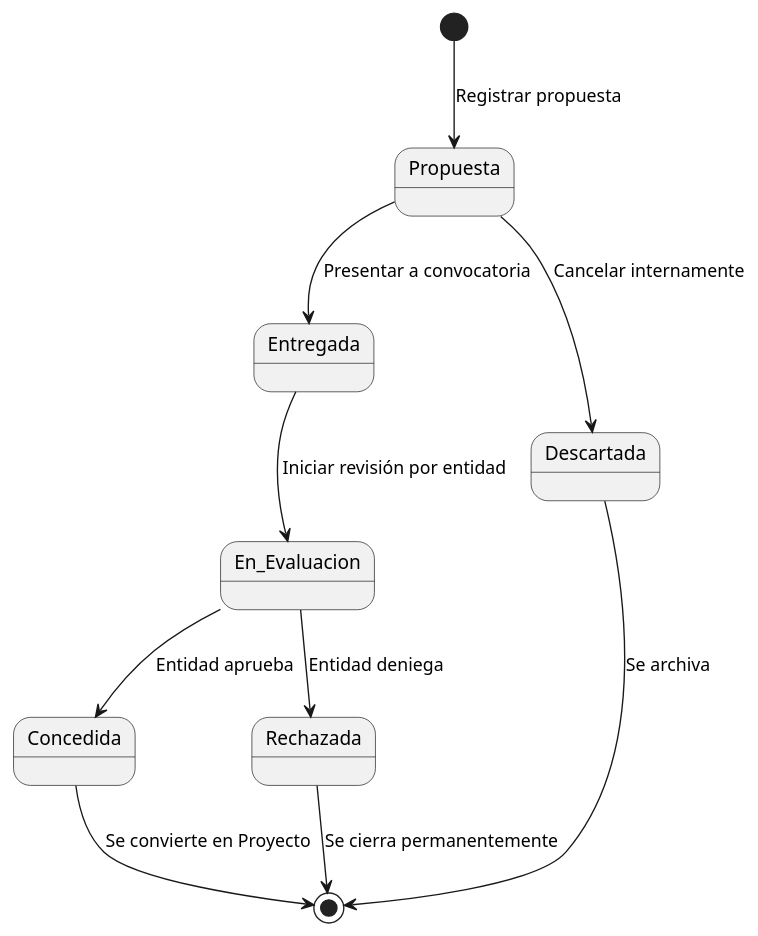
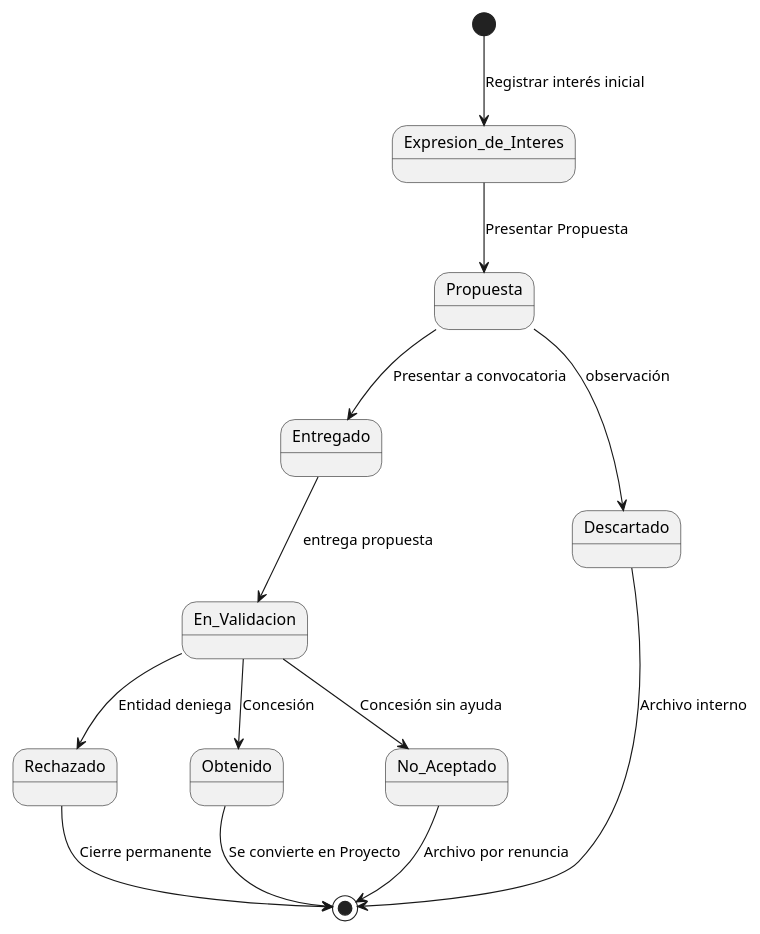
One commit to Angelo2272/26-27-IdSw1-SDR changed the diagram in modelosUML/00-modelo-del-dominio/diagrama-de-estados-propuesta.puml. Above: the diagram before and after it, drawn with PlantUML. The commit also changed 2 other files, not shown here.

```diff
--- a/modelosUML/00-modelo-del-dominio/diagrama-de-estados-propuesta.puml
+++ b/modelosUML/00-modelo-del-dominio/diagrama-de-estados-propuesta.puml
@@ -1,46 +1,45 @@
 @startuml
 scale 600 width
 
-[*] --> Propuesta : Registrar propuesta
+[*] --> Expresion_de_Interes : Registrar interés inicial
+
+state Expresion_de_Interes {
+}
 
 state Propuesta {
-  ' Fase de preparación interna
 }
 
-state Entregada {
-  ' Presentada a la convocatoria
+state Entregado {
 }
 
-state En_Evaluacion {
-  ' Siendo analizada por la Entidad Financiadora
+state En_Validacion {
 }
 
-state Concedida {
-  ' Aprobada (Genera el Proyecto)
+state Descartado {
 }
 
-state Rechazada {
-  ' Denegada permanentemente
+state Rechazado {
 }
 
-state Descartada {
-  ' Cancelada internamente antes de resolución
+state Obtenido {
 }
 
-' --- Flujo Principal de Avance ---
-Propuesta --> Entregada : Presentar a convocatoria
-Entregada --> En_Evaluacion : Iniciar revisión por entidad
+state No_Aceptado {
+}
 
-' --- Resoluciones Finales ---
-En_Evaluacion --> Concedida : Entidad aprueba
-En_Evaluacion --> Rechazada : Entidad deniega
+Expresion_de_Interes --> Propuesta : Presentar Propuesta
+Propuesta --> Entregado : Presentar a convocatoria
+Entregado --> En_Validacion : entrega propuesta
 
-' --- Descarte Interno ---
-Propuesta --> Descartada : Cancelar internamente
+En_Validacion --> Obtenido : Concesión
+En_Validacion --> Rechazado : Entidad deniega
 
-' --- Cierre del Ciclo (Nodos Finales) ---
-Concedida --> [*] : Se convierte en Proyecto
-Rechazada --> [*] : Se cierra permanentemente
-Descartada --> [*] : Se archiva
+Propuesta --> Descartado : observación 
+En_Validacion --> No_Aceptado : Concesión sin ayuda 
+
+Obtenido --> [*] : Se convierte en Proyecto
+Rechazado --> [*] : Cierre permanente
+Descartado --> [*] : Archivo interno
+No_Aceptado --> [*] : Archivo por renuncia
 
 @enduml
```
